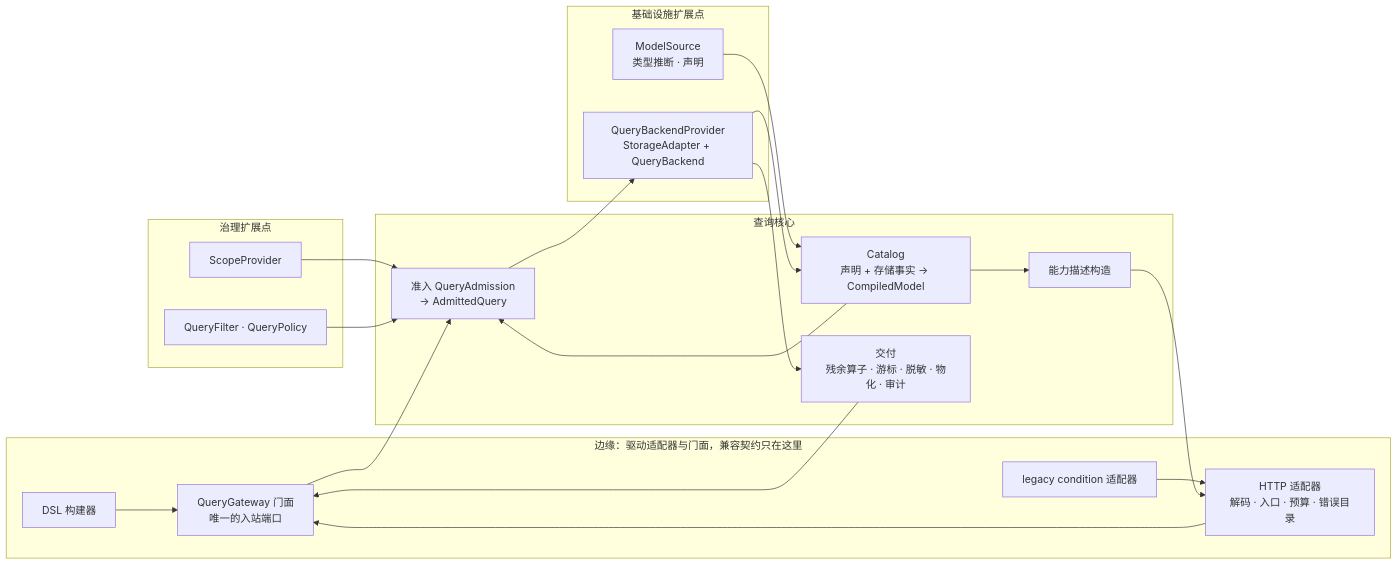
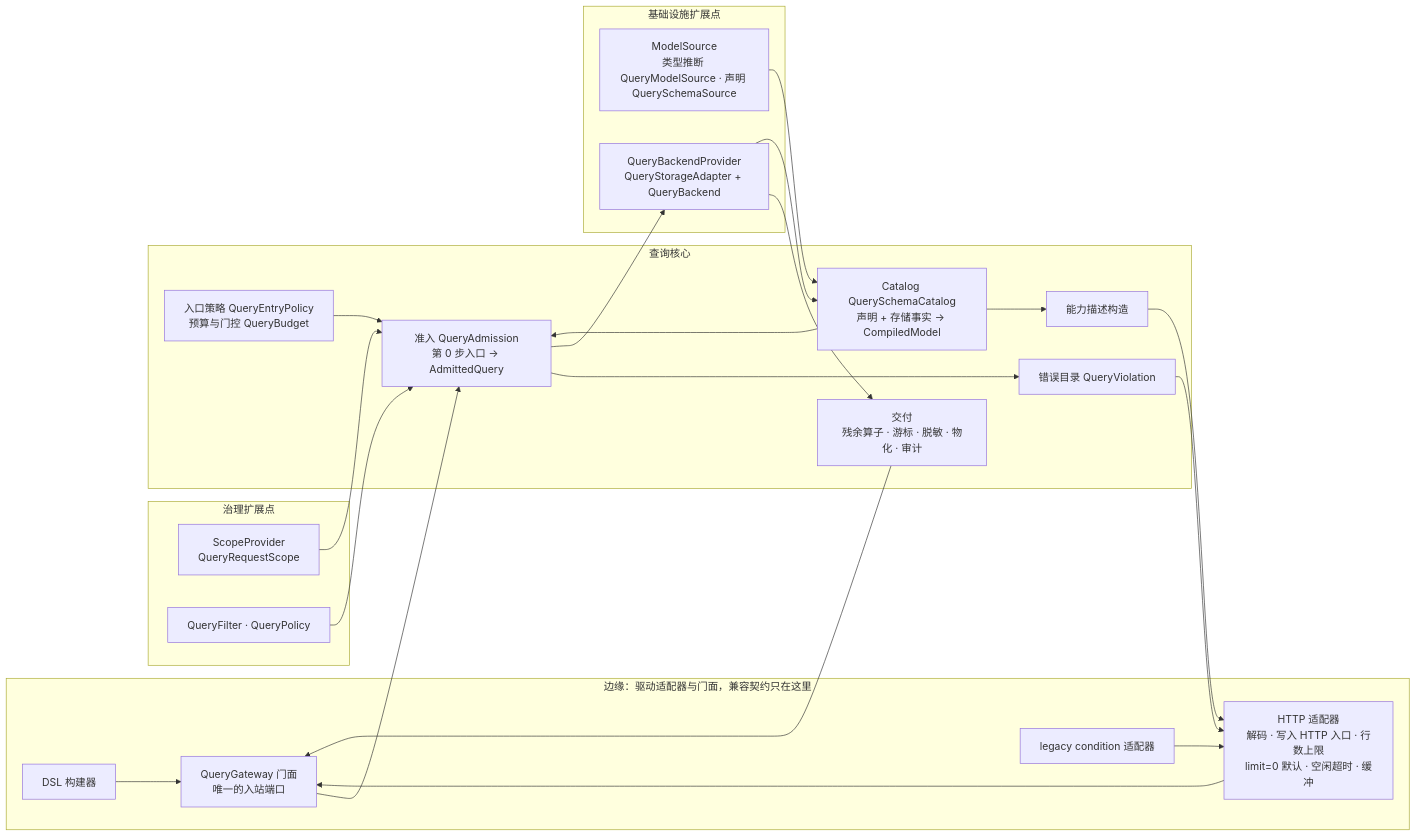
Before and after one commit to Ahoo-Wang/Wow: the first of 2 diagrams in documentation/designs/2026-09-24-query-target-architecture-design.md, drawn with Mermaid. The commit also changed other lines of this file and 26 other files, not shown here.

````diff
--- a/documentation/designs/2026-09-24-query-target-architecture-design.md
+++ b/documentation/designs/2026-09-24-query-target-architecture-design.md
@@ -61,41 +61,46 @@
 ```mermaid
 flowchart LR
     subgraph Edge[边缘：驱动适配器与门面，兼容契约只在这里]
         GW[QueryGateway 门面<br/>唯一的入站端口]
-        HTTP[HTTP 适配器<br/>解码 · 入口 · 预算 · 错误目录]
+        HTTP[HTTP 适配器<br/>解码 · 写入 HTTP 入口 · 行数上限<br/>limit=0 默认 · 空闲超时 · 缓冲]
         DSL[DSL 构建器]
         LEG[legacy condition 适配器]
     end
 
     subgraph In[治理扩展点]
-        SCOPE[ScopeProvider]
+        SCOPE[ScopeProvider<br/>QueryRequestScope]
         POL[QueryFilter · QueryPolicy]
     end
 
     subgraph Core[查询核心]
-        CAT[Catalog<br/>声明 + 存储事实 → CompiledModel]
-        ADM[准入 QueryAdmission<br/>→ AdmittedQuery]
+        CAT[Catalog QuerySchemaCatalog<br/>声明 + 存储事实 → CompiledModel]
+        ENT[入口策略 QueryEntryPolicy<br/>预算与门控 QueryBudget]
+        ADM[准入 QueryAdmission<br/>第 0 步入口 → AdmittedQuery]
+        ERR[错误目录 QueryViolation]
         DEL[交付<br/>残余算子 · 游标 · 脱敏 · 物化 · 审计]
         DESC[能力描述构造]
     end
 
     subgraph Out[基础设施扩展点]
-        SRC[ModelSource<br/>类型推断 · 声明]
-        PROV[QueryBackendProvider<br/>StorageAdapter + QueryBackend]
+        SRC[ModelSource<br/>类型推断 QueryModelSource · 声明 QuerySchemaSource]
+        PROV[QueryBackendProvider<br/>QueryStorageAdapter + QueryBackend]
     end
 
     DSL --> GW
     LEG --> HTTP
     HTTP --> GW
     SCOPE --> ADM
     POL --> ADM
     GW --> ADM
+    ENT --> ADM
     CAT --> ADM
+    ADM --> ERR
+    ERR --> HTTP
     ADM --> PROV
     PROV --> DEL
     DEL --> GW
     CAT --> DESC
     DESC --> HTTP
     SRC --> CAT
     PROV --> CAT
 ```
````
